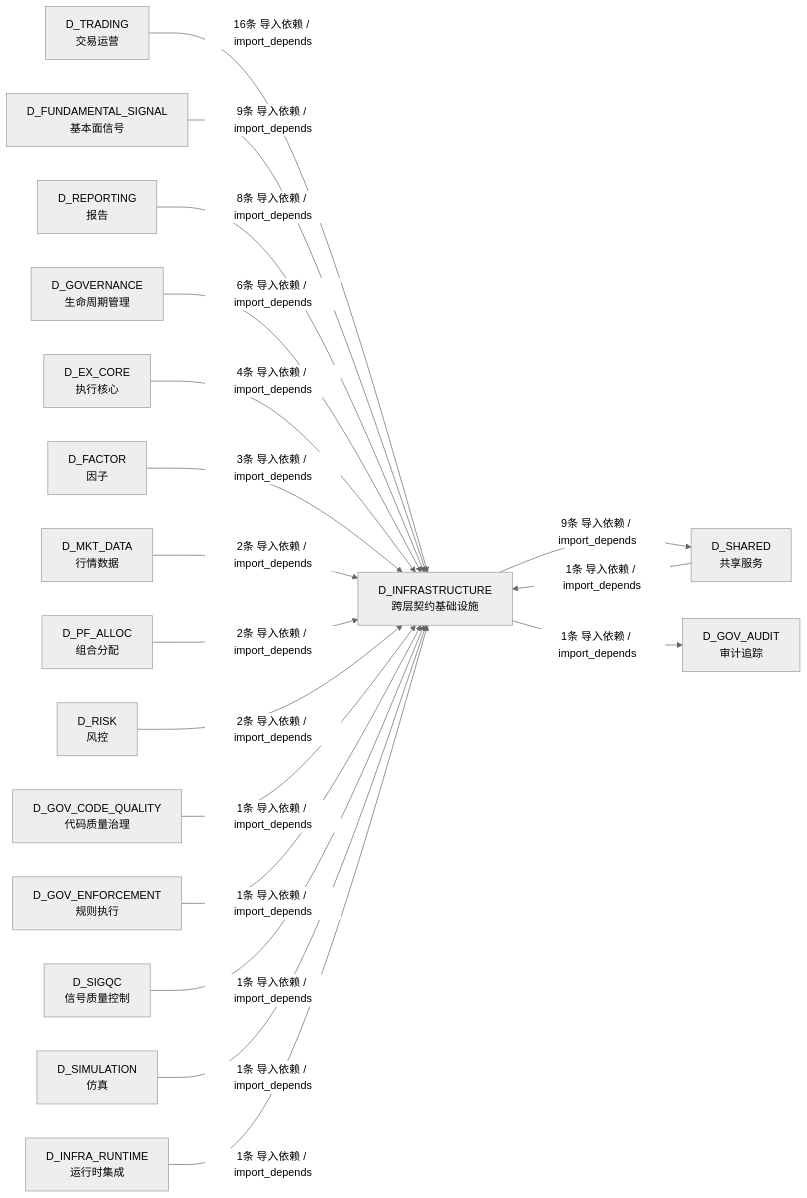
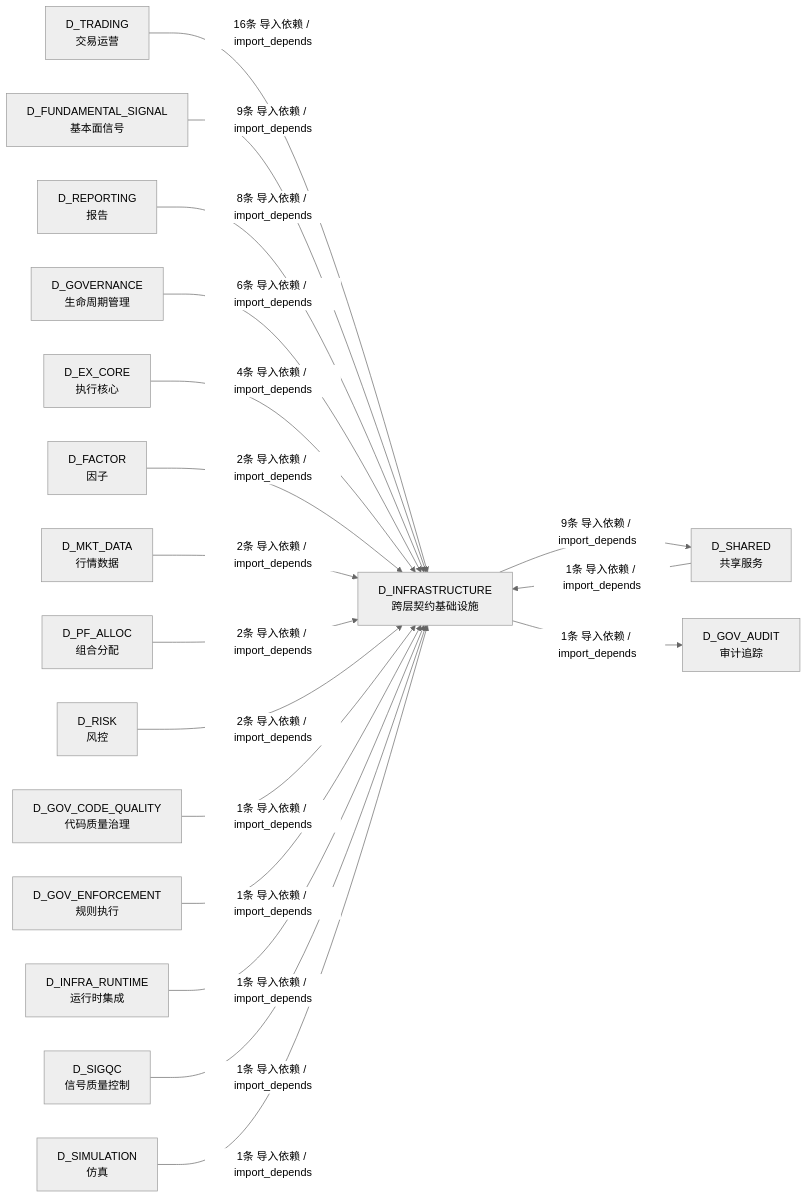
Before and after one commit to xuanFelixVan/ZephyrAlpha: the third of 3 diagrams in docs/02_enterprise_architecture/02_domain_architecture_docs/02_d_infrastructure.md, drawn with Mermaid (neutral theme). The commit also changed other lines of this file and 20 other files, not shown here.

````diff
--- a/docs/02_enterprise_architecture/02_domain_architecture_docs/02_d_infrastructure.md
+++ b/docs/02_enterprise_architecture/02_domain_architecture_docs/02_d_infrastructure.md
@@ -327,37 +324,37 @@
 ```mermaid
 graph LR
     D_INFRASTRUCTURE["D_INFRASTRUCTURE<br/>跨层契约基础设施"]
     D_SHARED["D_SHARED<br/>共享服务"]
     D_GOV_AUDIT["D_GOV_AUDIT<br/>审计追踪"]
     D_TRADING["D_TRADING<br/>交易运营"]
     D_FUNDAMENTAL_SIGNAL["D_FUNDAMENTAL_SIGNAL<br/>基本面信号"]
     D_REPORTING["D_REPORTING<br/>报告"]
     D_GOVERNANCE["D_GOVERNANCE<br/>生命周期管理"]
     D_EX_CORE["D_EX_CORE<br/>执行核心"]
     D_FACTOR["D_FACTOR<br/>因子"]
     D_MKT_DATA["D_MKT_DATA<br/>行情数据"]
     D_PF_ALLOC["D_PF_ALLOC<br/>组合分配"]
     D_RISK["D_RISK<br/>风控"]
     D_GOV_CODE_QUALITY["D_GOV_CODE_QUALITY<br/>代码质量治理"]
     D_GOV_ENFORCEMENT["D_GOV_ENFORCEMENT<br/>规则执行"]
+    D_INFRA_RUNTIME["D_INFRA_RUNTIME<br/>运行时集成"]
     D_SIGQC["D_SIGQC<br/>信号质量控制"]
     D_SIMULATION["D_SIMULATION<br/>仿真"]
-    D_INFRA_RUNTIME["D_INFRA_RUNTIME<br/>运行时集成"]
     D_INFRASTRUCTURE -->|9条 导入依赖 / import_depends| D_SHARED
     D_INFRASTRUCTURE -->|1条 导入依赖 / import_depends| D_GOV_AUDIT
     D_TRADING -->|16条 导入依赖 / import_depends| D_INFRASTRUCTURE
     D_FUNDAMENTAL_SIGNAL -->|9条 导入依赖 / import_depends| D_INFRASTRUCTURE
     D_REPORTING -->|8条 导入依赖 / import_depends| D_INFRASTRUCTURE
     D_GOVERNANCE -->|6条 导入依赖 / import_depends| D_INFRASTRUCTURE
     D_EX_CORE -->|4条 导入依赖 / import_depends| D_INFRASTRUCTURE
-    D_FACTOR -->|3条 导入依赖 / import_depends| D_INFRASTRUCTURE
+    D_FACTOR -->|2条 导入依赖 / import_depends| D_INFRASTRUCTURE
     D_MKT_DATA -->|2条 导入依赖 / import_depends| D_INFRASTRUCTURE
     D_PF_ALLOC -->|2条 导入依赖 / import_depends| D_INFRASTRUCTURE
     D_RISK -->|2条 导入依赖 / import_depends| D_INFRASTRUCTURE
     D_GOV_CODE_QUALITY -->|1条 导入依赖 / import_depends| D_INFRASTRUCTURE
     D_GOV_ENFORCEMENT -->|1条 导入依赖 / import_depends| D_INFRASTRUCTURE
     D_SHARED -->|1条 导入依赖 / import_depends| D_INFRASTRUCTURE
+    D_INFRA_RUNTIME -->|1条 导入依赖 / import_depends| D_INFRASTRUCTURE
     D_SIGQC -->|1条 导入依赖 / import_depends| D_INFRASTRUCTURE
     D_SIMULATION -->|1条 导入依赖 / import_depends| D_INFRASTRUCTURE
-    D_INFRA_RUNTIME -->|1条 导入依赖 / import_depends| D_INFRASTRUCTURE
 ```
````
